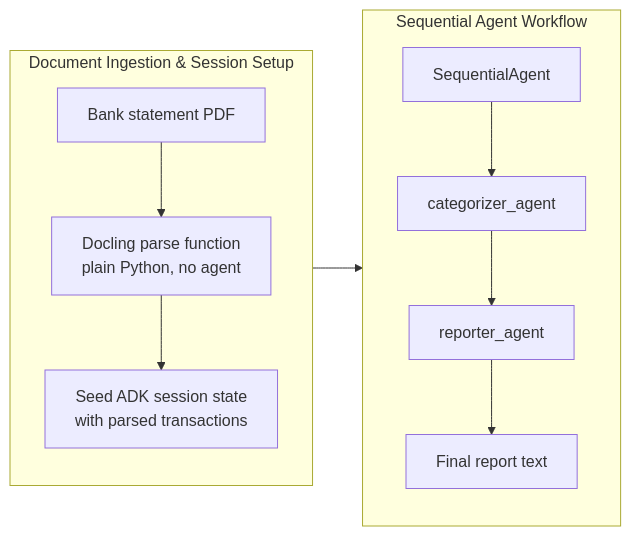
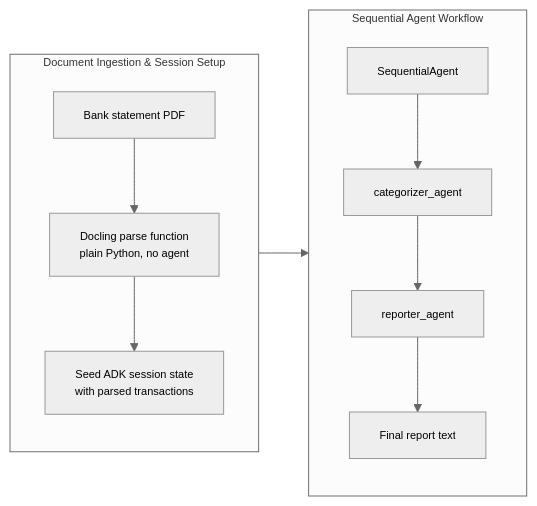
One commit to the-write-path-code/ch02-agent-monolith-trap changed the diagram in docs/adk_pipeline.md. Above: the diagram before and after it, drawn with Mermaid.

Commit message:
Update documentation on adk_pipeline and parser usage
Clarify the role of the Docling parser and its integration in the pipeline.

````diff
--- a/docs/adk_pipeline.md
+++ b/docs/adk_pipeline.md
@@ -9,17 +9,18 @@
 ```mermaid
+%%{init: {"theme": "neutral", "themeVariables": {"fontFamily": "Arial, Helvetica, sans-serif", "fontSize": "11px", "actorFontSize": "11px", "noteFontSize": "10px", "messageFontSize": "10px"}}}%%
 flowchart LR
     subgraph Ingestion["Document Ingestion & Session Setup"]
         direction TB
         A["Bank statement PDF"] --> B["Docling parse function<br/>plain Python, no agent"]
         B --> C["Seed ADK session state<br/>with parsed transactions"]
     end
 
     subgraph AgentFlow["Sequential Agent Workflow"]
         direction TB
         D["SequentialAgent"] --> E["categorizer_agent"]
         E --> F["reporter_agent"]
         F --> G["Final report text"]
     end
 
     C --> D
 ```
````
